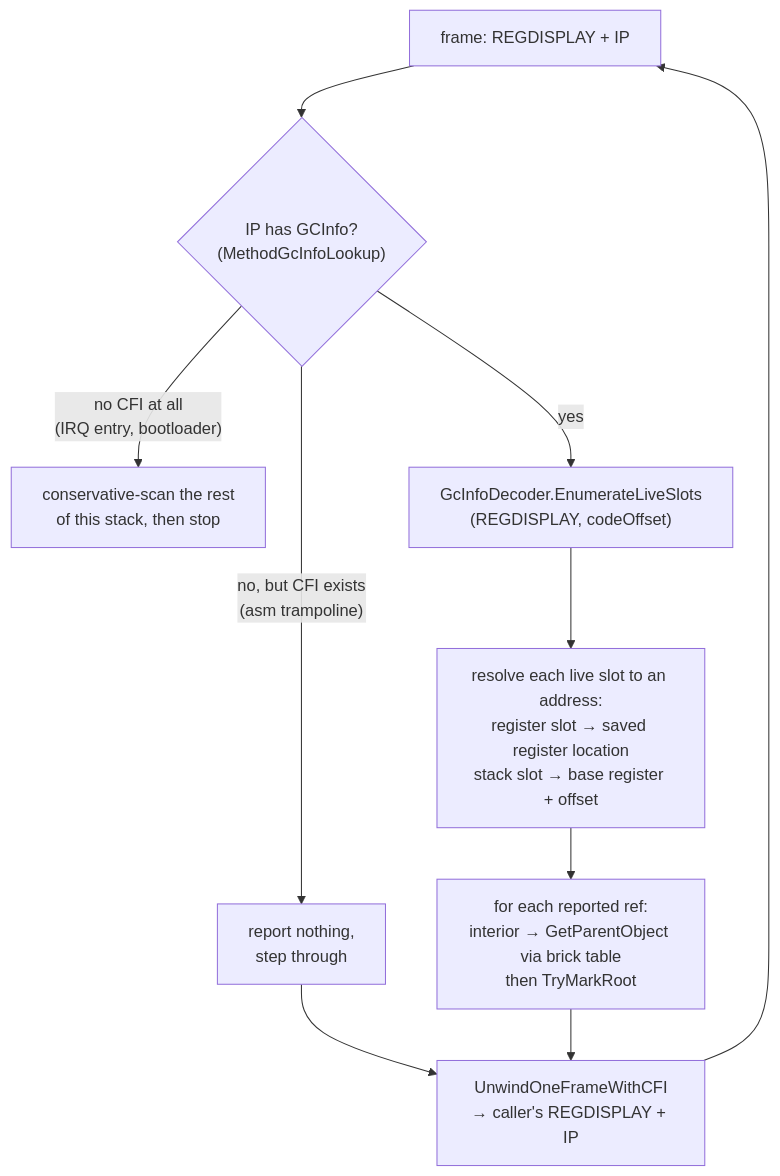
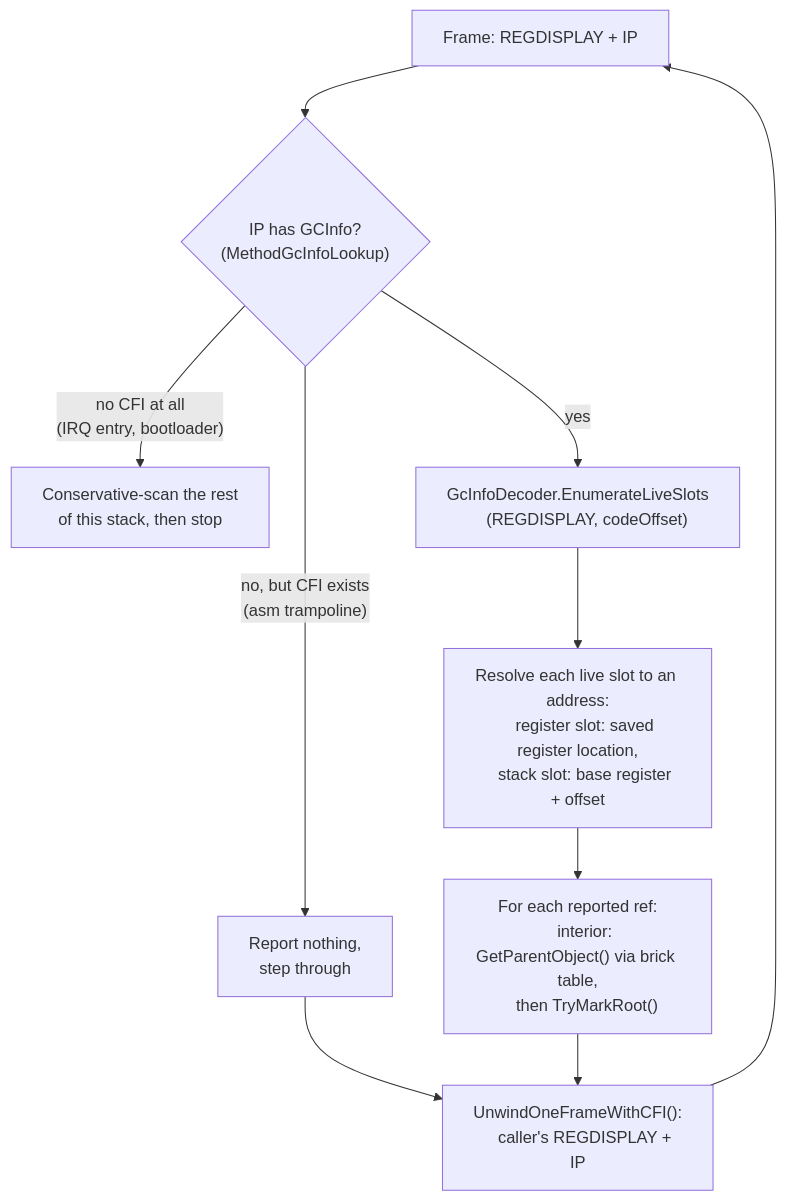
Before and after one commit to valentinbreiz/nativeaot-patcher: the diagram in docs/articles/dev/garbage-collector-gcinfo.md, drawn with Mermaid. The commit also changed other lines of this file, not shown here.

Commit message:
📝 Docs: redo the precise scan article in the GC article style

````diff
--- a/docs/articles/dev/garbage-collector-gcinfo.md
+++ b/docs/articles/dev/garbage-collector-gcinfo.md
@@ -131,12 +104,23 @@
 ```mermaid
 flowchart TD
-    START["frame: REGDISPLAY + IP"] --> LOOKUP{"IP has GCInfo?<br/>(MethodGcInfoLookup)"}
-    LOOKUP -->|"no, but CFI exists<br/>(asm trampoline)"| STEP["report nothing,<br/>step through"]
-    LOOKUP -->|"no CFI at all<br/>(IRQ entry, bootloader)"| FALLBACK["conservative-scan the rest<br/>of this stack, then stop"]
-    LOOKUP -->|yes| DECODE["GcInfoDecoder.EnumerateLiveSlots<br/>(REGDISPLAY, codeOffset)"]
-    DECODE --> RESOLVE["resolve each live slot to an address:<br/>register slot → saved register location<br/>stack slot → base register + offset"]
-    RESOLVE --> MARK["for each reported ref:<br/>interior → GetParentObject via brick table<br/>then TryMarkRoot"]
+    START["Frame: REGDISPLAY + IP"] --> LOOKUP{"IP has GCInfo?
+    (MethodGcInfoLookup)"}
+    LOOKUP -->|"no, but CFI exists
+    (asm trampoline)"| STEP["Report nothing,
+    step through"]
+    LOOKUP -->|"no CFI at all
+    (IRQ entry, bootloader)"| FALLBACK["Conservative-scan the rest
+    of this stack, then stop"]
+    LOOKUP -->|yes| DECODE["GcInfoDecoder.EnumerateLiveSlots
+    (REGDISPLAY, codeOffset)"]
+    DECODE --> RESOLVE["Resolve each live slot to an address:
+    register slot: saved register location,
+    stack slot: base register + offset"]
+    RESOLVE --> MARK["For each reported ref:
+    interior: GetParentObject() via brick table,
+    then TryMarkRoot()"]
     STEP --> UNWIND
-    MARK --> UNWIND["UnwindOneFrameWithCFI<br/>→ caller's REGDISPLAY + IP"]
+    MARK --> UNWIND["UnwindOneFrameWithCFI():
+    caller's REGDISPLAY + IP"]
     UNWIND --> START
 ```
````
